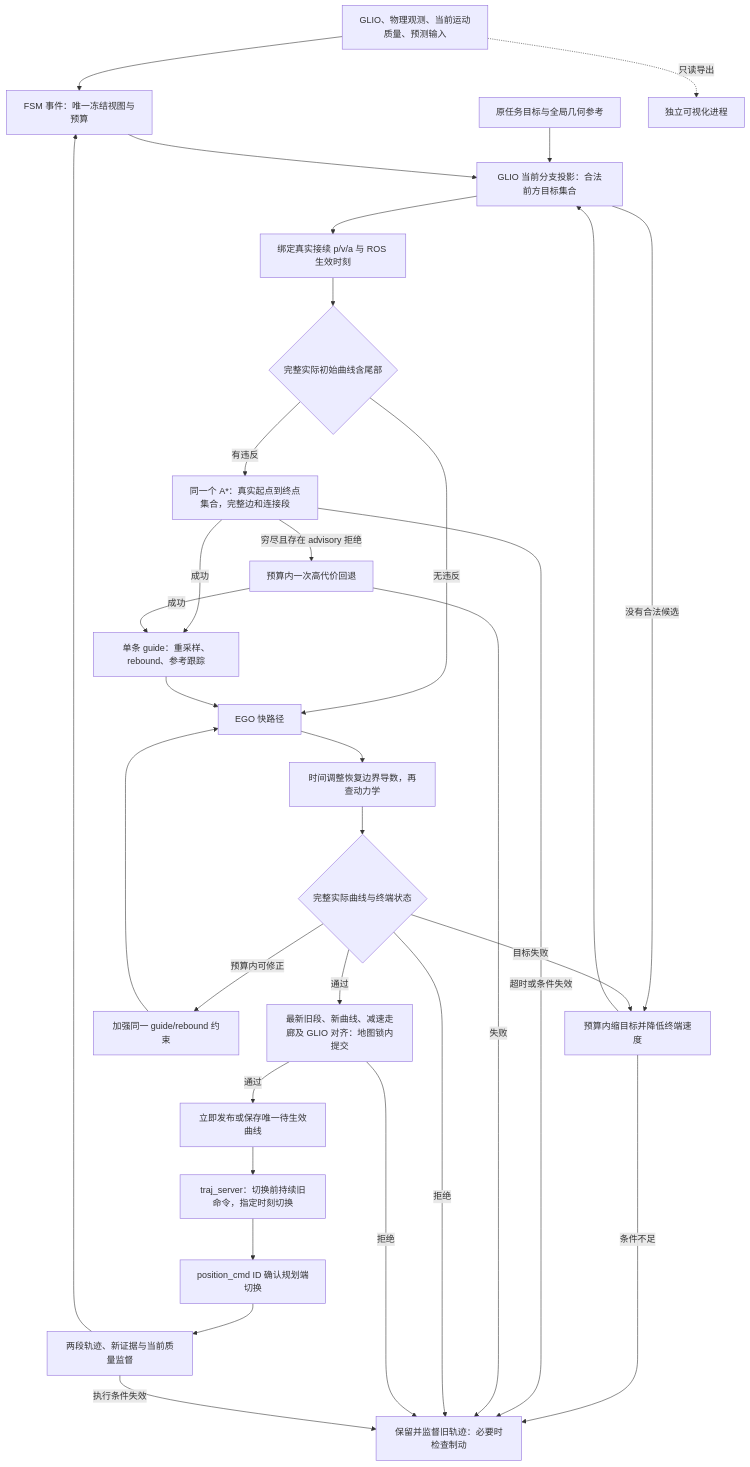
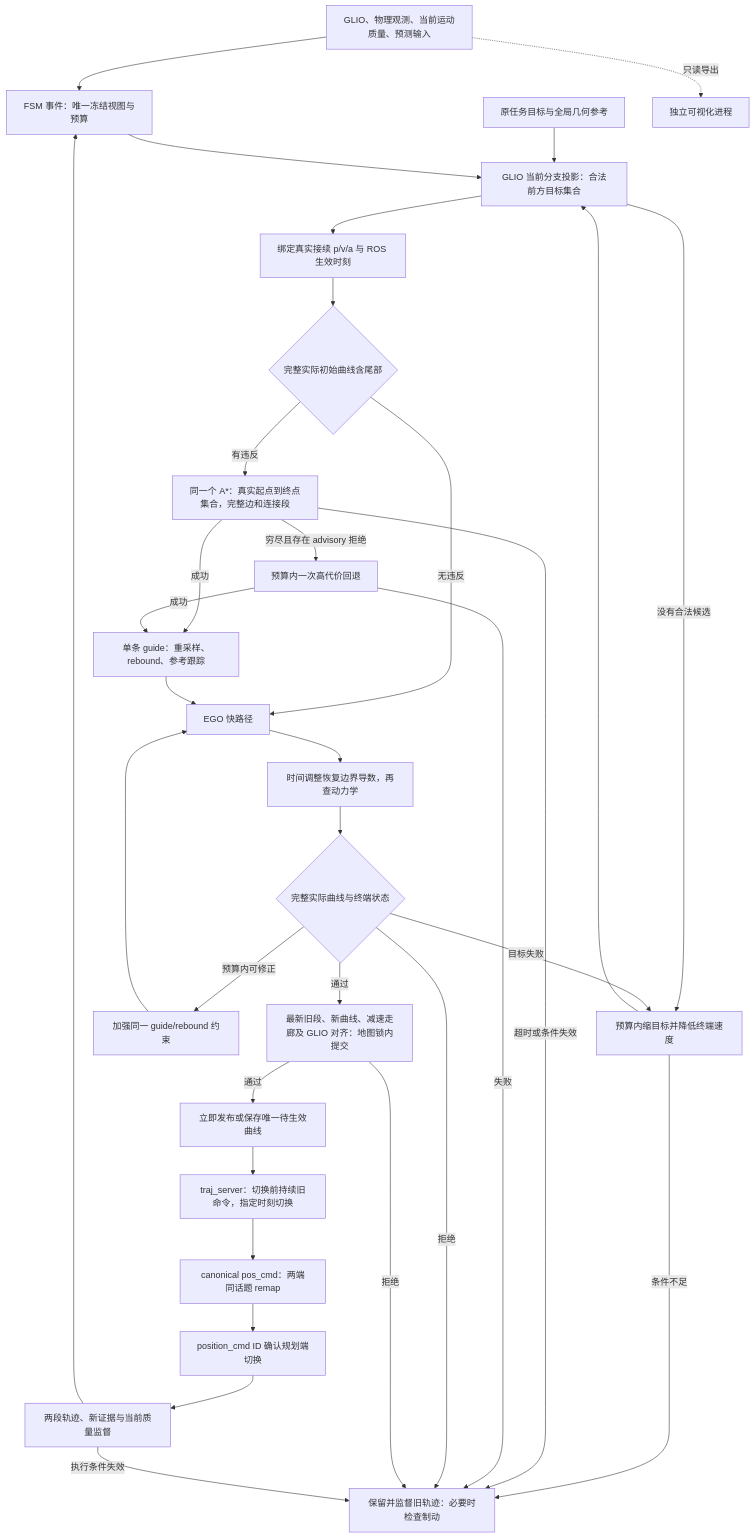
The second of 3 diagrams in docs/spec/ego_based_planning_flow.md (Printeger/iap), drawn with Mermaid before and after one commit. The commit also changed other lines of this file and 10 other files, not shown here.

````diff
--- a/docs/spec/ego_based_planning_flow.md
+++ b/docs/spec/ego_based_planning_flow.md
@@ -154,34 +168,35 @@
 ```mermaid
 flowchart TD
     Inputs[GLIO、物理观测、当前运动质量、预测输入] --> Round[FSM 事件：唯一冻结视图与预算]
     Goal[原任务目标与全局几何参考] --> Target
     Round --> Target[GLIO 当前分支投影：合法前方目标集合]
     Target -->|没有合法候选| Short[预算内缩目标并降低终端速度]
     Short --> Target
     Short -->|条件不足| Keep[保留并监督旧轨迹：必要时检查制动]
     Target --> Init[绑定真实接续 p/v/a 与 ROS 生效时刻]
     Init --> Scan{完整实际初始曲线含尾部}
     Scan -->|无违反| Opt[EGO 快路径]
     Scan -->|有违反| Search[同一个 A*：真实起点到终点集合，完整边和连接段]
     Search -->|成功| Guide[单条 guide：重采样、rebound、参考跟踪]
     Search -->|穷尽且存在 advisory 拒绝| Soft[预算内一次高代价回退]
     Soft -->|成功| Guide
     Search -->|超时或条件失效| Keep
     Soft -->|失败| Keep
     Guide --> Opt
     Opt --> Retime[时间调整恢复边界导数，再查动力学]
     Retime --> Check{完整实际曲线与终端状态}
     Check -->|预算内可修正| Correct[加强同一 guide/rebound 约束]
     Correct --> Opt
     Check -->|目标失败| Short
     Check -->|拒绝| Keep
     Check -->|通过| Release[最新旧段、新曲线、减速走廊及 GLIO 对齐：地图锁内提交]
     Release -->|拒绝| Keep
     Release -->|通过| Publish[立即发布或保存唯一待生效曲线]
     Publish --> Server[traj_server：切换前持续旧命令，指定时刻切换]
-    Server --> Confirm[position_cmd ID 确认规划端切换]
+    Server --> Feedback[canonical pos_cmd：两端同话题 remap]
+    Feedback --> Confirm[position_cmd ID 确认规划端切换]
     Confirm --> Monitor[两段轨迹、新证据与当前质量监督]
     Monitor --> Round
     Monitor -->|执行条件失效| Keep
     Inputs -.只读导出.-> Viz[独立可视化进程]
 ```
````
